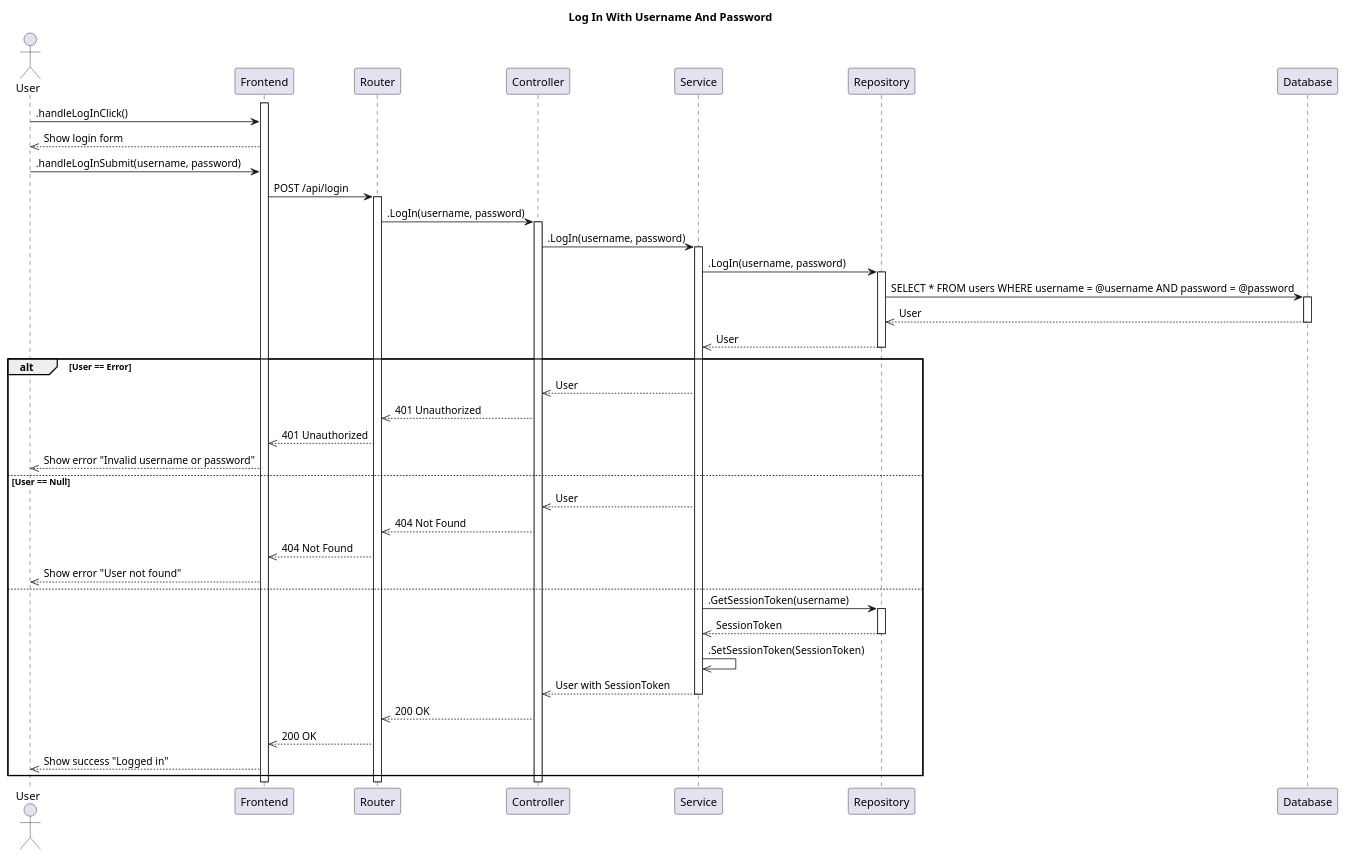
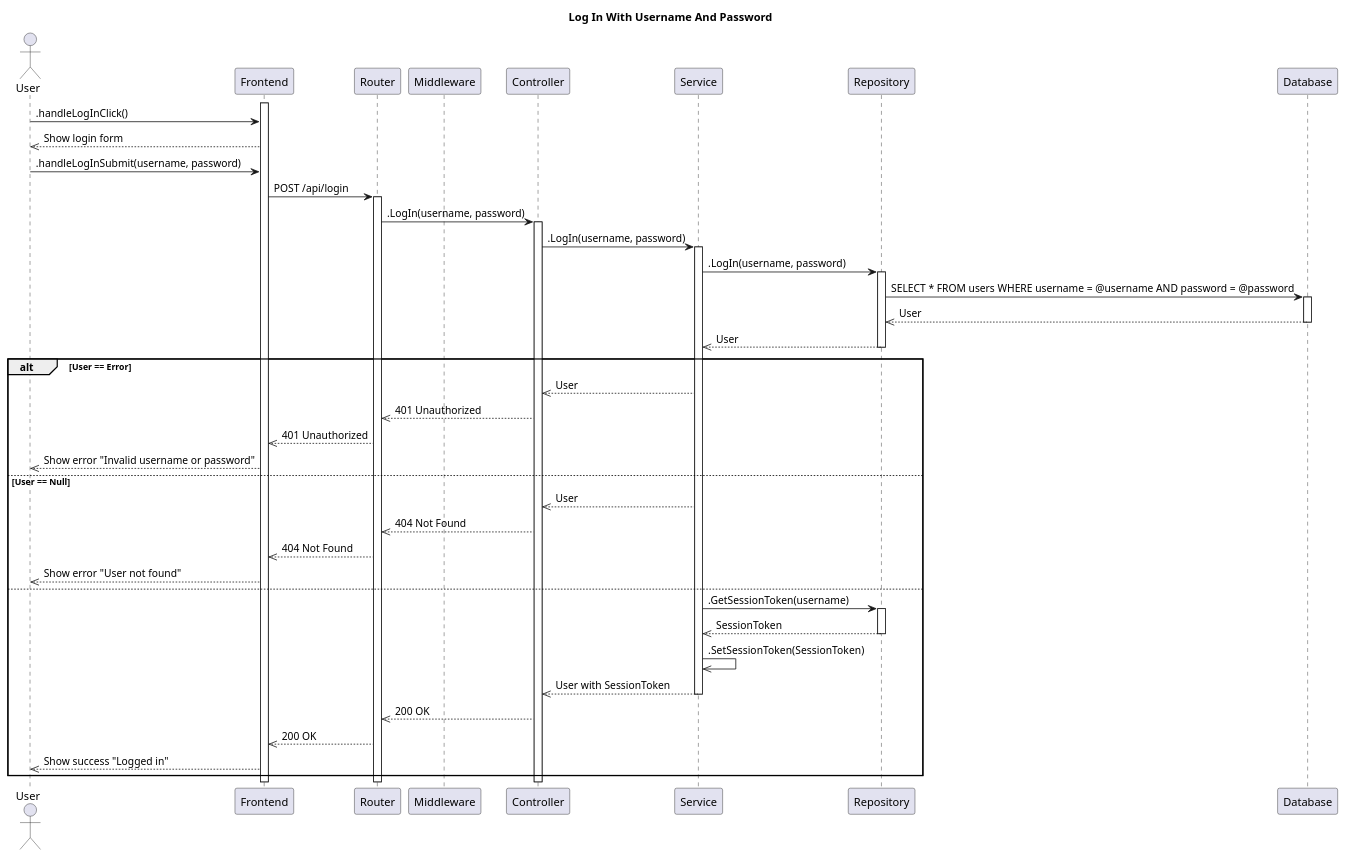
Before and after one commit to CS371-Project-Management/CS371-Sequence-Diagram: the diagram in SD-Log-In-With-Username-And-Password.puml, drawn with PlantUML. The commit also changed 4 other files, not shown here.

Commit message:
feat: add participants to sequence diagrams for log analysis, account creation, quiz creation, editing, and login processes

```diff
--- a/SD-Log-In-With-Username-And-Password.puml
+++ b/SD-Log-In-With-Username-And-Password.puml
@@ -1,48 +1,55 @@
 @startuml
 title Log In With Username And Password
 actor User
+participant Frontend
+participant Router
+participant Middleware
+participant Controller
+participant Service
+participant Repository
+participant Database
 
 activate Frontend
 User -> Frontend: .handleLogInClick()
 Frontend -->> User: Show login form
 
 User -> Frontend: .handleLogInSubmit(username, password)
 Frontend -> Router: POST /api/login
 activate Router
 Router -> Controller: .LogIn(username, password)
 activate Controller
 Controller -> Service: .LogIn(username, password)
 activate Service
 Service -> Repository: .LogIn(username, password)
 activate Repository
 Repository -> Database: SELECT * FROM users WHERE username = @username AND password = @password
 activate Database
 Database -->> Repository: User
 deactivate Database
 Repository -->> Service: User
 deactivate Repository
 
 alt User == Error
   Service -->> Controller: User
   Controller -->> Router: 401 Unauthorized
   Router -->> Frontend: 401 Unauthorized
   Frontend -->> User: Show error "Invalid username or password"
 else User == Null
   Service -->> Controller: User
   Controller -->> Router: 404 Not Found
   Router -->> Frontend: 404 Not Found
   Frontend -->> User: Show error "User not found"
 else
   Service -> Repository: .GetSessionToken(username)
   activate Repository
   Repository -->> Service: SessionToken
   deactivate Repository
   Service ->> Service: .SetSessionToken(SessionToken)
   Service -->> Controller: User with SessionToken
   deactivate Service
   Controller -->> Router: 200 OK
   Router -->> Frontend: 200 OK
   Frontend -->> User: Show success "Logged in"
 end
 deactivate Service
 @enduml
```
